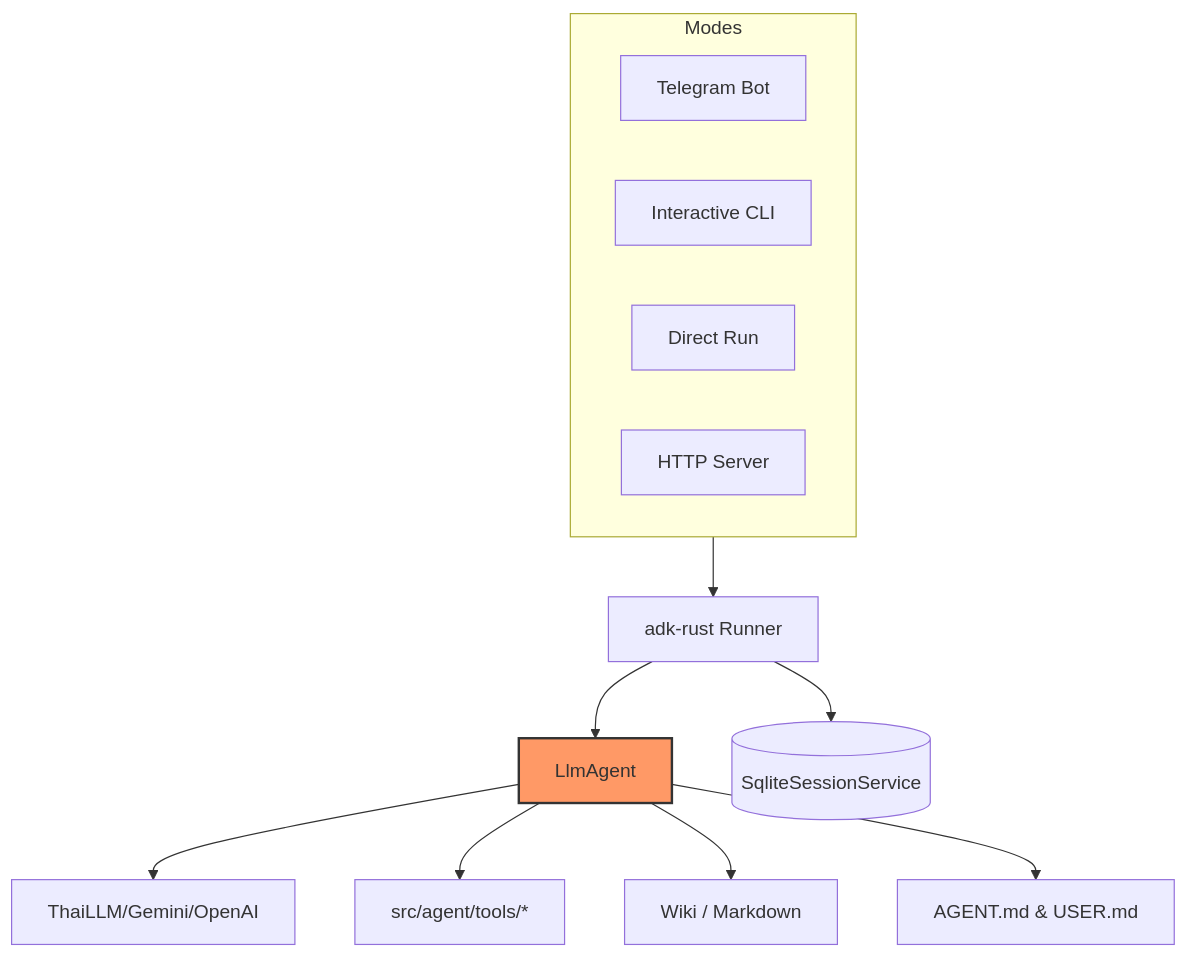
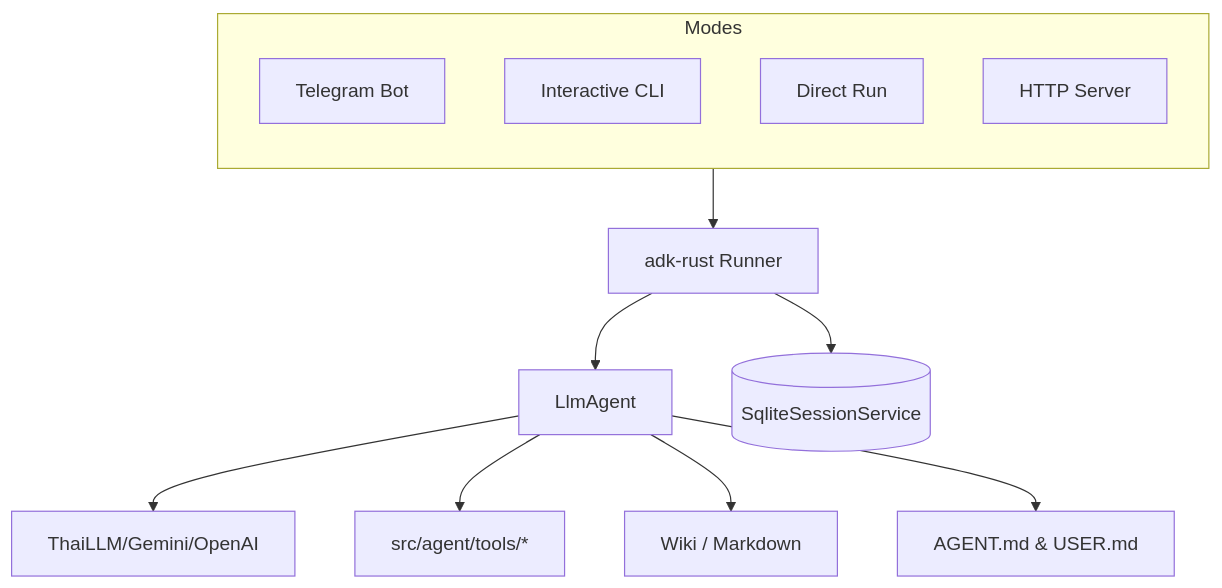
Before and after one commit to anoochit/telegram_bot: the diagram in README.md, drawn with Mermaid. The commit also changed other lines of this file, not shown here.

Commit message:
docs: update README with banner info

````diff
--- a/README.md
+++ b/README.md
@@ -60,21 +60,20 @@
 ```mermaid
 graph TD
     subgraph EntryPoints [Modes]
+        direction TB
         Bot[Telegram Bot]
         CLI[Interactive CLI]
         Run[Direct Run]
         Server[HTTP Server]
     end
 
     EntryPoints --> Runner[adk-rust Runner]
     
     Runner --> Agent[LlmAgent]
     Runner --> DB[(SqliteSessionService)]
     
     Agent --> LLM[ThaiLLM/Gemini/OpenAI]
     Agent --> Tools[src/agent/tools/*]
     Agent --> Wiki[Wiki / Markdown]
     Agent --> Persona[AGENT.md & USER.md]
-    
-    style Agent fill:#f96,stroke:#333,stroke-width:2px
 ```
````
